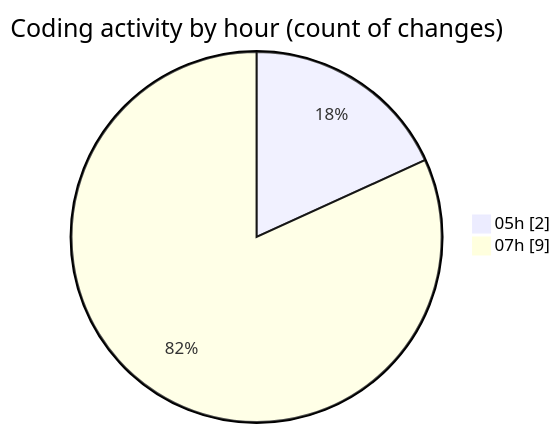
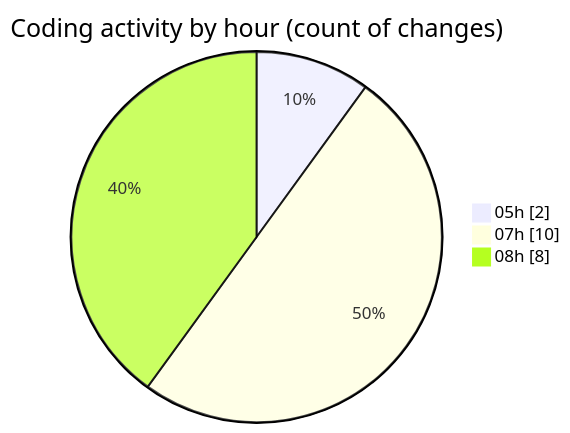
The second of 2 diagrams in 2025-04-08/sungpt/README.md (Elitesun/code-tracking), drawn with Mermaid before and after one commit. The commit also changed other lines of this file and 1 other file, not shown here.

````diff
--- a/2025-04-08/sungpt/README.md
+++ b/2025-04-08/sungpt/README.md
@@ -28,6 +35,7 @@
 ```mermaid
 pie showData
 title Coding activity by hour (count of changes)
 "05h" : 2
-"07h" : 9
+"07h" : 10
+"08h" : 8
 ```
````
